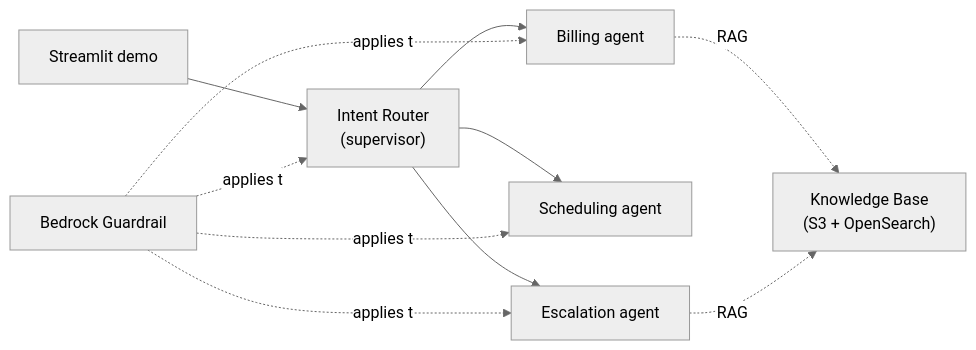
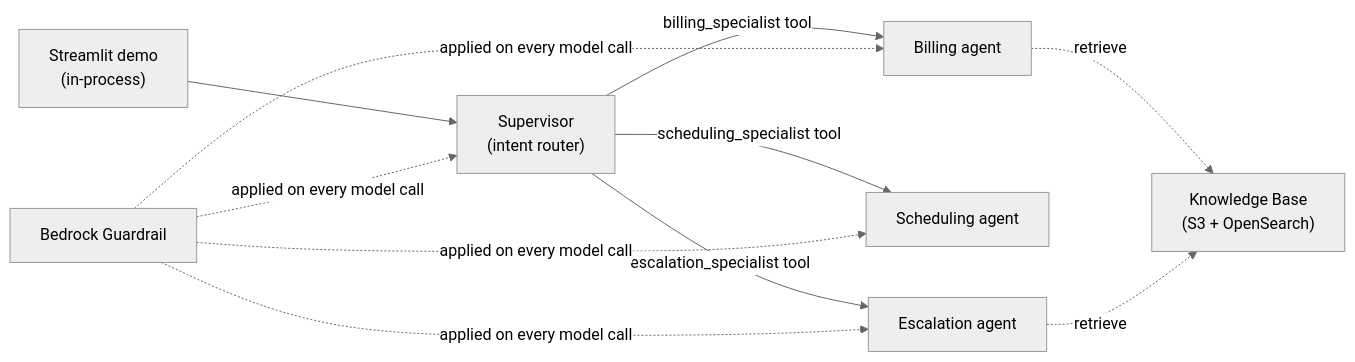
The diagram in README.md (aws-samples/sample-multi-agent-customer-service-for-bedrock), drawn with Mermaid (neutral theme) before and after one commit. The commit also changed other lines of this file and 24 other files, not shown here.

Commit message:
Migrate to Strands Agents SDK + AgentCore Runtime (replaces Bedrock Agents Classic)

````diff
--- a/README.md
+++ b/README.md
@@ -57,10 +70,10 @@
 ```mermaid
 flowchart LR
-    UI["Streamlit demo"] --> SUP["Intent Router<br/>(supervisor)"]
-    SUP --> BILL["Billing agent"]
-    SUP --> SCHED["Scheduling agent"]
-    SUP --> ESC["Escalation agent"]
-    BILL -.RAG.-> KB["Knowledge Base<br/>(S3 + OpenSearch)"]
-    ESC -.RAG.-> KB
-    GUARD["Bedrock Guardrail"] -.applies to.-> SUP & BILL & SCHED & ESC
+    UI["Streamlit demo<br/>(in-process)"] --> SUP["Supervisor<br/>(intent router)"]
+    SUP -->|billing_specialist tool| BILL["Billing agent"]
+    SUP -->|scheduling_specialist tool| SCHED["Scheduling agent"]
+    SUP -->|escalation_specialist tool| ESC["Escalation agent"]
+    BILL -.retrieve.-> KB["Knowledge Base<br/>(S3 + OpenSearch)"]
+    ESC -.retrieve.-> KB
+    GUARD["Bedrock Guardrail"] -.applied on every model call.-> SUP & BILL & SCHED & ESC
 ```
````
